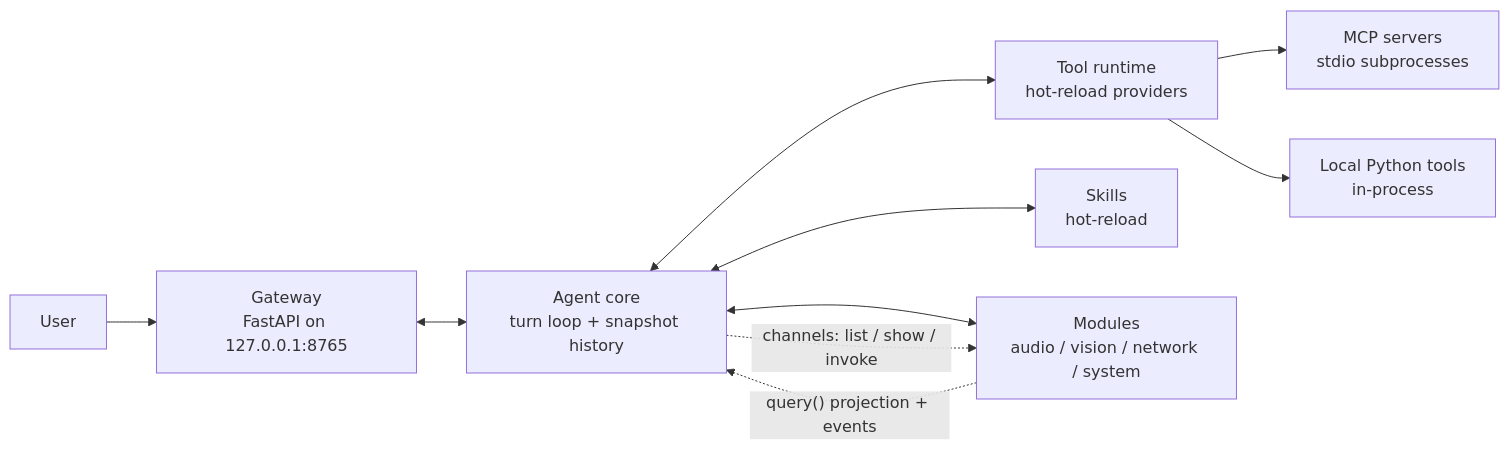
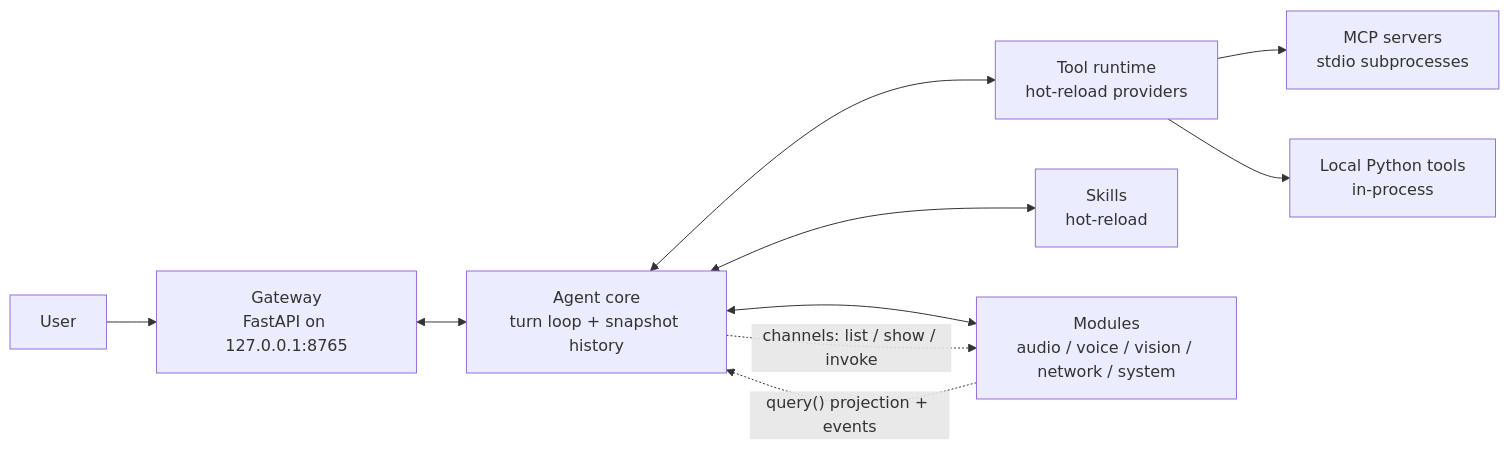
The first of 4 diagrams in README.md (DarkSpaceY/NAN-itself), drawn with Mermaid before and after one commit. The commit also changed other lines of this file and 5 other files, not shown here.

````diff
--- a/README.md
+++ b/README.md
@@ -42,12 +47,12 @@
 ```mermaid
 flowchart LR
     U[User] --> G[Gateway<br/>FastAPI on 127.0.0.1:8765]
     G <--> C[Agent core<br/>turn loop + snapshot history]
     C <--> T[Tool runtime<br/>hot-reload providers]
     T --> MCP[MCP servers<br/>stdio subprocesses]
     T --> LP[Local Python tools<br/>in-process]
     C <--> SK[Skills<br/>hot-reload]
-    C <--> MD[Modules<br/>audio / vision / network / system]
+    C <--> MD[Modules<br/>audio / voice / vision / network / system]
     C -. "channels: list / show / invoke" .-> MD
     MD -. "query() projection + events" .-> C
 ```
````
